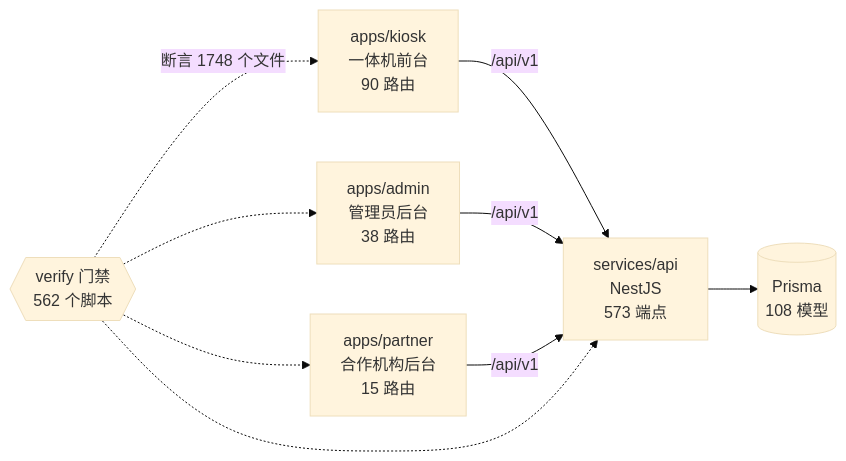
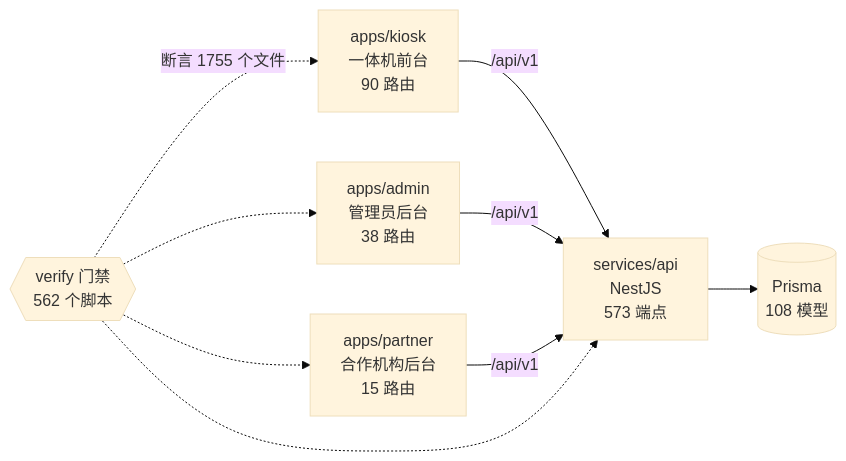
Before and after one commit to wanglei581/YITIJI: the diagram in docs/graph/README.md, drawn with Mermaid (base theme). The commit also changed other lines of this file and 3 other files, not shown here.

Commit message:
chore(graph): 第 2 批新文件入库后重生项目图谱

````diff
--- a/docs/graph/README.md
+++ b/docs/graph/README.md
@@ -68,18 +68,18 @@
 ```mermaid
 flowchart LR
   kiosk["apps/kiosk<br/>一体机前台<br/>90 路由"]
   admin["apps/admin<br/>管理员后台<br/>38 路由"]
   partner["apps/partner<br/>合作机构后台<br/>15 路由"]
   api["services/api<br/>NestJS<br/>573 端点"]
   db[("Prisma<br/>108 模型")]
   gates{{"verify 门禁<br/>562 个脚本"}}
 
   kiosk -->|"/api/v1"| api
   admin -->|"/api/v1"| api
   partner -->|"/api/v1"| api
   api --> db
-  gates -.->|"断言 1748 个文件"| kiosk
+  gates -.->|"断言 1755 个文件"| kiosk
   gates -.-> admin
   gates -.-> partner
   gates -.-> api
 ```
````
